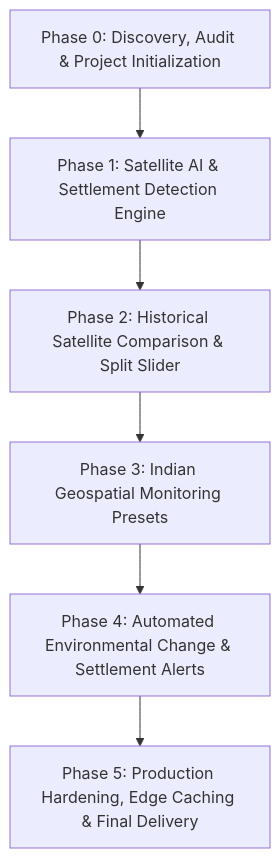
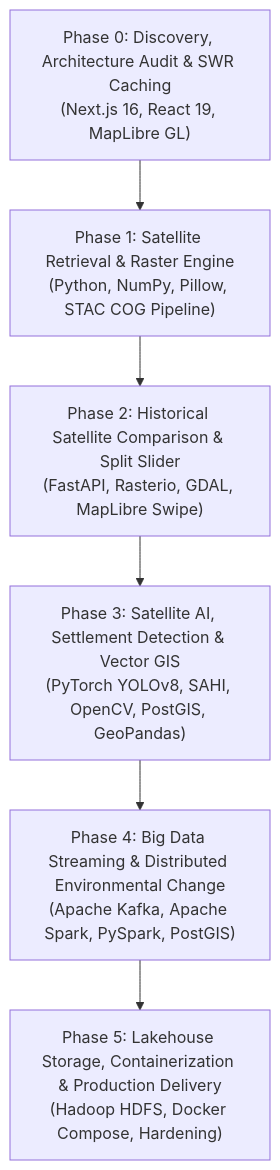
One commit to shrishailad24/ORBINEX changed the diagram in ORBINEX_PHASE_TRACKER.md. Above: the diagram before and after it, drawn with Mermaid. The commit also changed other lines of this file and 5 other files, not shown here.

Commit message:
docs: integrate Big Data ecosystem roadmap and update high-res brand assets

````diff
--- a/ORBINEX_PHASE_TRACKER.md
+++ b/ORBINEX_PHASE_TRACKER.md
@@ -9,8 +9,8 @@
 ```mermaid
 flowchart TD
-    P0["Phase 0: Discovery, Audit & Project Initialization"] --> P1["Phase 1: Satellite AI & Settlement Detection Engine"]
-    P1 --> P2["Phase 2: Historical Satellite Comparison & Split Slider"]
-    P2 --> P3["Phase 3: Indian Geospatial Monitoring Presets"]
-    P3 --> P4["Phase 4: Automated Environmental Change & Settlement Alerts"]
-    P4 --> P5["Phase 5: Production Hardening, Edge Caching & Final Delivery"]
+    P0["Phase 0: Discovery, Architecture Audit & SWR Caching<br/>(Next.js 16, React 19, MapLibre GL)"] --> P1["Phase 1: Satellite Retrieval & Raster Engine<br/>(Python, NumPy, Pillow, STAC COG Pipeline)"]
+    P1 --> P2["Phase 2: Historical Satellite Comparison & Split Slider<br/>(FastAPI, Rasterio, GDAL, MapLibre Swipe)"]
+    P2 --> P3["Phase 3: Satellite AI, Settlement Detection & Vector GIS<br/>(PyTorch YOLOv8, SAHI, OpenCV, PostGIS, GeoPandas)"]
+    P3 --> P4["Phase 4: Big Data Streaming & Distributed Environmental Change<br/>(Apache Kafka, Apache Spark, PySpark, PostGIS)"]
+    P4 --> P5["Phase 5: Lakehouse Storage, Containerization & Production Delivery<br/>(Hadoop HDFS, Docker Compose, Hardening)"]
 ```
````
